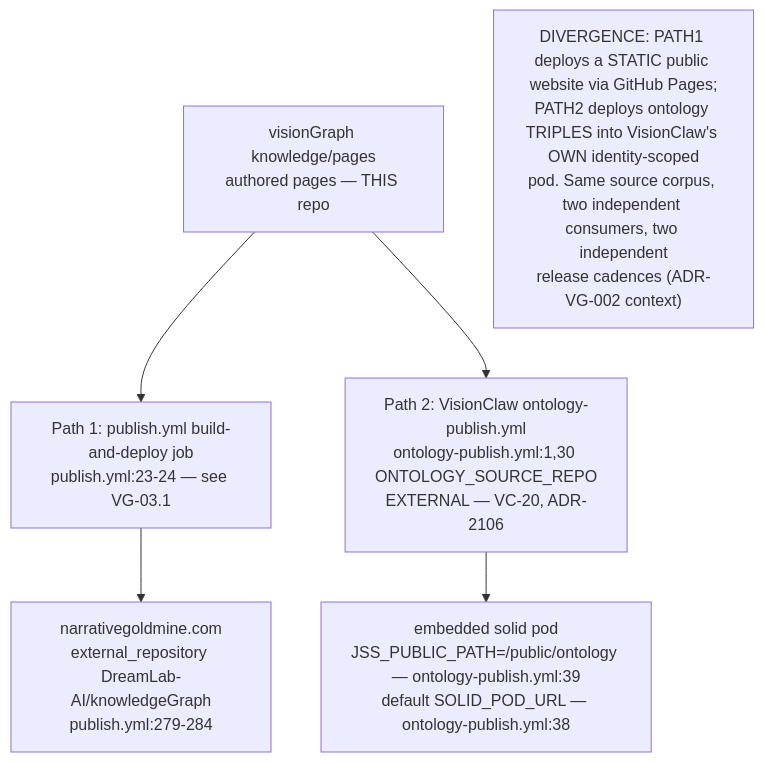
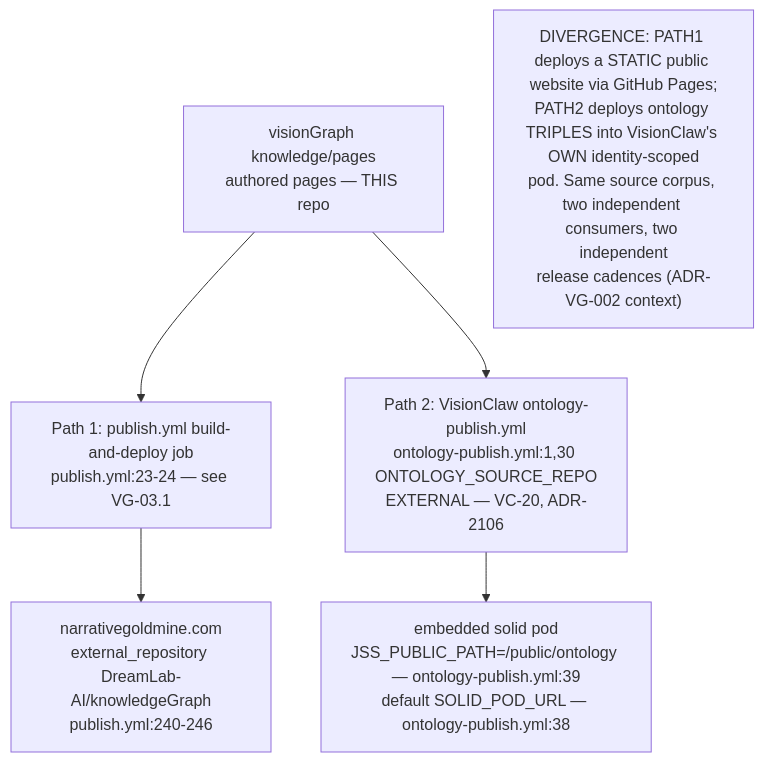
Before and after one commit to DreamLab-AI/VisionFlow: the second of 3 diagrams in docs/diagrams/visiongraph/04-downstream-contracts.md, drawn with Mermaid. The commit also changed other lines of this file and 51 other files, not shown here.

First line of the commit message:
docs(diagrams): agentbox AB-01..13 re-attested anchor by anchor (980 anchors, 22 defects); checkpoint against an out-of-mesh writer

````diff
--- a/docs/diagrams/visiongraph/04-downstream-contracts.md
+++ b/docs/diagrams/visiongraph/04-downstream-contracts.md
@@ -39,11 +39,11 @@
 ```mermaid
 flowchart TB
     VG["visionGraph knowledge/pages<br/>authored pages — THIS repo"]
     PATH1["Path 1: publish.yml build-and-deploy job<br/>publish.yml:23-24 — see VG-03.1"]
     PATH2["Path 2: VisionClaw ontology-publish.yml<br/>ontology-publish.yml:1,30 ONTOLOGY_SOURCE_REPO<br/>EXTERNAL — VC-20, ADR-2106"]
-    SITE["narrativegoldmine.com<br/>external_repository DreamLab-AI/knowledgeGraph<br/>publish.yml:279-284"]
+    SITE["narrativegoldmine.com<br/>external_repository DreamLab-AI/knowledgeGraph<br/>publish.yml:240-246"]
     POD["embedded solid pod<br/>JSS_PUBLIC_PATH=/public/ontology — ontology-publish.yml:39<br/>default SOLID_POD_URL — ontology-publish.yml:38"]
     VG --> PATH1 --> SITE
     VG --> PATH2 --> POD
     note1["DIVERGENCE: PATH1 deploys a STATIC public website via GitHub Pages;<br/>PATH2 deploys ontology TRIPLES into VisionClaw#39;s OWN identity-scoped<br/>pod. Same source corpus, two independent consumers, two independent<br/>release cadences #40;ADR-VG-002 context#41;"]
 ```
````
